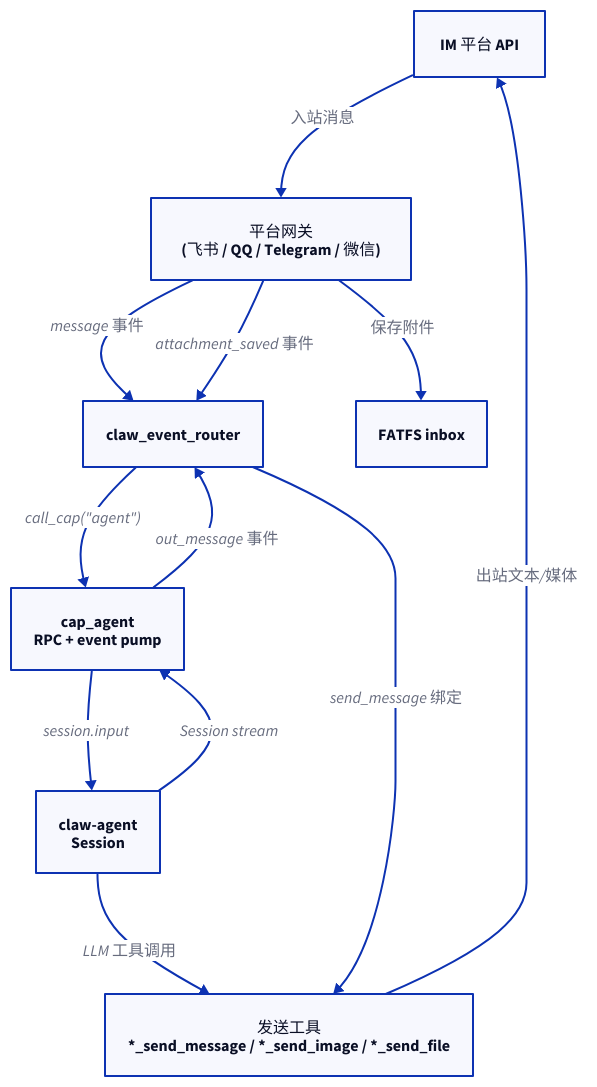
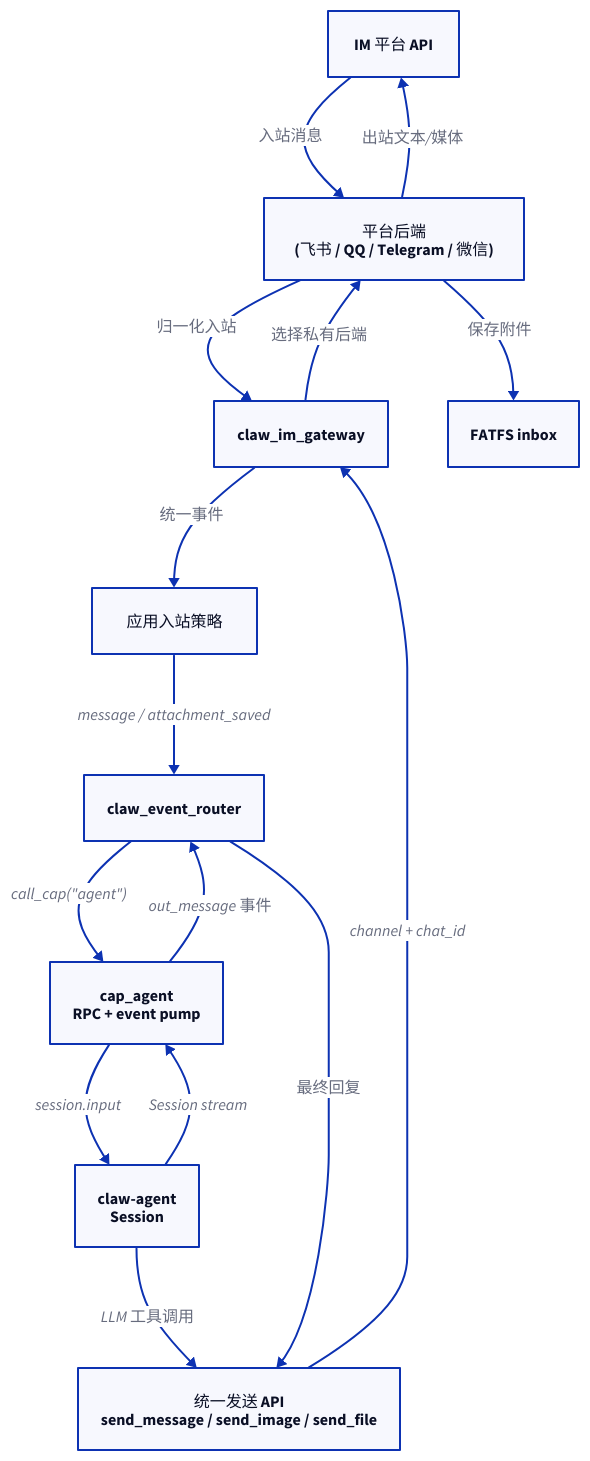
Before and after one commit to Asfixious/esp-claw: the first of 2 diagrams in docs/src/content/docs/zh-cn/reference-cap/cap-im-platform.mdx, drawn with D2. The commit also changed other lines of this file and 40 other files, not shown here.

````diff
--- a/docs/src/content/docs/zh-cn/reference-cap/cap-im-platform.mdx
+++ b/docs/src/content/docs/zh-cn/reference-cap/cap-im-platform.mdx
@@ -48,21 +56,26 @@
 ```d2
 im_api: "IM 平台 API"
-gateway: "平台网关\n(飞书 / QQ / Telegram / 微信)"
+backend: "平台后端\n(飞书 / QQ / Telegram / 微信)"
+gateway: "claw_im_gateway"
+ingress: "应用入站策略"
 router: "claw_event_router"
 adapter: "cap_agent\nRPC + event pump"
 agent: "claw-agent\nSession"
 fatfs: "FATFS inbox"
-tools: "发送工具\n*_send_message / *_send_image / *_send_file"
+tools: "统一发送 API\nsend_message / send_image / send_file"
 
-im_api -> gateway: "入站消息"
-gateway -> router: "message 事件"
-gateway -> fatfs: "保存附件"
-gateway -> router: "attachment_saved 事件"
+im_api -> backend: "入站消息"
+backend -> gateway: "归一化入站"
+gateway -> ingress: "统一事件"
+ingress -> router: "message / attachment_saved"
+backend -> fatfs: "保存附件"
 router -> adapter: "call_cap(\"agent\")"
 adapter -> agent: "session.input"
 agent -> adapter: "Session stream"
 adapter -> router: "out_message 事件"
 agent -> tools: "LLM 工具调用"
-tools -> im_api: "出站文本/媒体"
-router -> tools: "send_message 绑定"
+router -> tools: "最终回复"
+tools -> gateway: "channel + chat_id"
+gateway -> backend: "选择私有后端"
+backend -> im_api: "出站文本/媒体"
 ```
````
